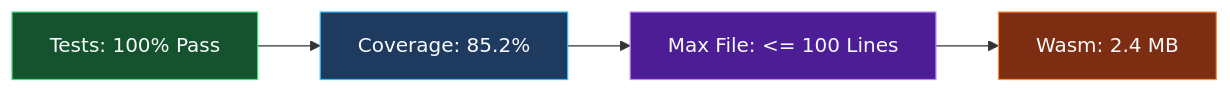
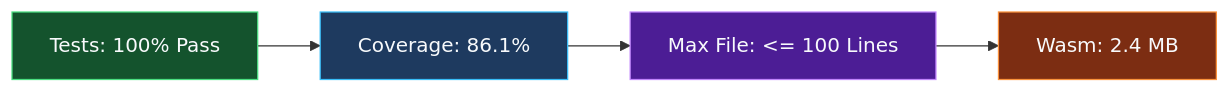
The second of 2 diagrams in metrics.md (thomascherickal/go-ai-gateway), drawn with Mermaid before and after one commit. The commit also changed other lines of this file and 5 other files, not shown here.

Commit message:
test: add main serveHandler hook and store/gateway fault-injection tests (86.1% coverage)

````diff
--- a/metrics.md
+++ b/metrics.md
@@ -13,10 +13,10 @@
 ```mermaid
 flowchart LR
-  M1["Tests: 100% Pass"] --> M2["Coverage: 85.2%"]
+  M1["Tests: 100% Pass"] --> M2["Coverage: 86.1%"]
   M2 --> M3["Max File: <= 100 Lines"]
   M3 --> M4["Wasm: 2.4 MB"]
   style M1 fill:#14532d,stroke:#4ade80,color:#f8fafc
   style M2 fill:#1e3a5f,stroke:#38bdf8,color:#f8fafc
   style M3 fill:#4c1d95,stroke:#c084fc,color:#f8fafc
   style M4 fill:#7c2d12,stroke:#fb923c,color:#f8fafc
 ```
````
